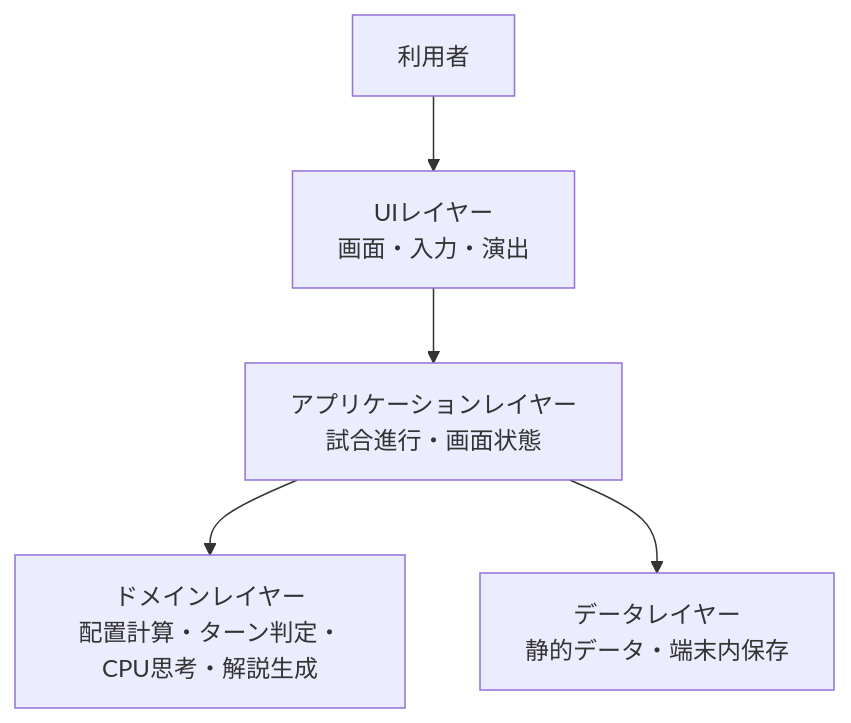
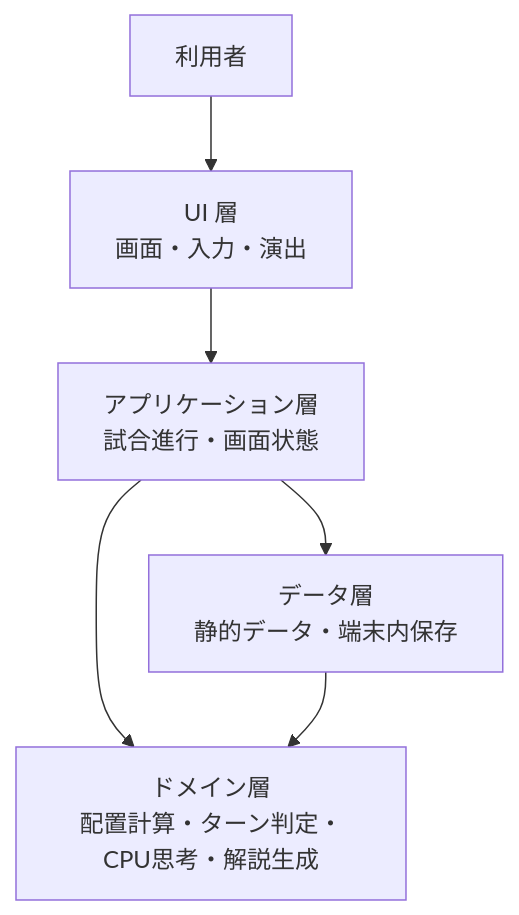
The first of 4 diagrams in docs/specs/1_requirements/functional-overview.md (n-yata/soccer-sim), drawn with Mermaid before and after one commit. The commit also changed other lines of this file and 7 other files, not shown here.

````diff
--- a/docs/specs/1_requirements/functional-overview.md
+++ b/docs/specs/1_requirements/functional-overview.md
@@ -13,13 +15,14 @@
 ```mermaid
 graph TB
     User[利用者]
-    UI[UIレイヤー<br/>画面・入力・演出]
-    App[アプリケーションレイヤー<br/>試合進行・画面状態]
-    Domain[ドメインレイヤー<br/>配置計算・ターン判定・CPU思考・解説生成]
-    Data[データレイヤー<br/>静的データ・端末内保存]
+    UI[UI 層<br/>画面・入力・演出]
+    App[アプリケーション層<br/>試合進行・画面状態]
+    Domain[ドメイン層<br/>配置計算・ターン判定・CPU思考・解説生成]
+    Data[データ層<br/>静的データ・端末内保存]
 
     User --> UI
     UI --> App
     App --> Domain
     App --> Data
+    Data --> Domain
 ```
````
